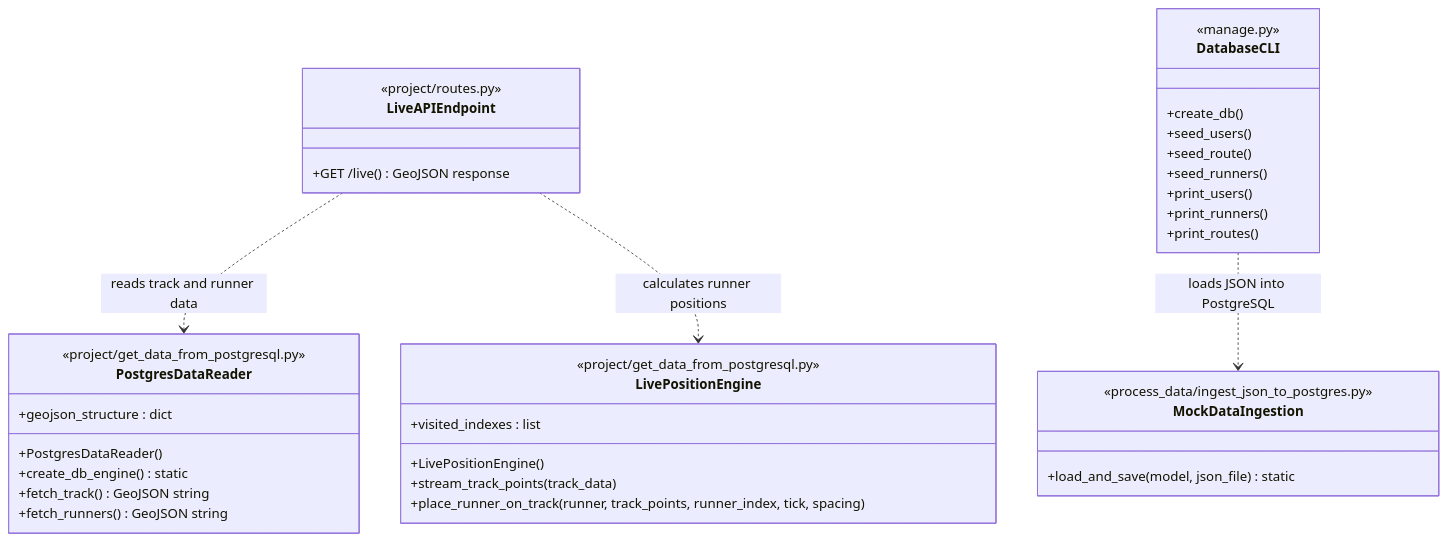
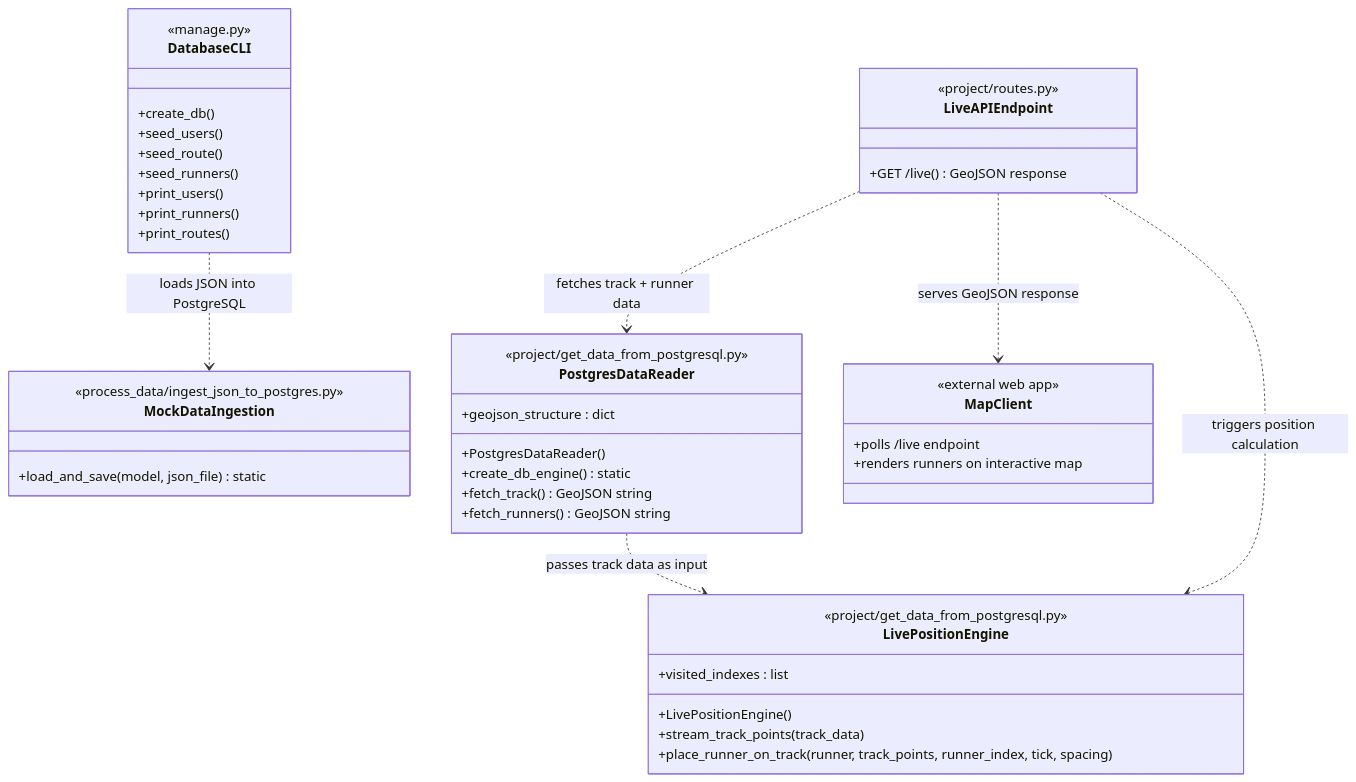
One commit to corinat/flask-on-docker changed the diagram in README.md. Above: the diagram before and after it, drawn with Mermaid.

Commit message:
improved diagram for achitecture

````diff
--- a/README.md
+++ b/README.md
@@ -35,44 +35,52 @@
 ```mermaid
 classDiagram
     class MockDataIngestion {
         <<process_data/ingest_json_to_postgres.py>>
         +load_and_save(model, json_file) static
     }
 
     class PostgresDataReader {
         <<project/get_data_from_postgresql.py>>
         +geojson_structure : dict
         +PostgresDataReader()
         +create_db_engine() static
         +fetch_track() GeoJSON string
         +fetch_runners() GeoJSON string
     }
 
     class LivePositionEngine {
         <<project/get_data_from_postgresql.py>>
         +visited_indexes : list
         +LivePositionEngine()
         +stream_track_points(track_data)
         +place_runner_on_track(runner, track_points, runner_index, tick, spacing)
     }
 
     class LiveAPIEndpoint {
         <<project/routes.py>>
         +GET /live() GeoJSON response
     }
 
+    class MapClient {
+        <<external web app>>
+        +polls /live endpoint
+        +renders runners on interactive map
+    }
+
     class DatabaseCLI {
         <<manage.py>>
         +create_db()
         +seed_users()
         +seed_route()
         +seed_runners()
         +print_users()
         +print_runners()
         +print_routes()
     }
 
     DatabaseCLI ..> MockDataIngestion : loads JSON into PostgreSQL
-    LiveAPIEndpoint ..> PostgresDataReader : reads track and runner data
-    LiveAPIEndpoint ..> LivePositionEngine : calculates runner positions
+    LiveAPIEndpoint ..> PostgresDataReader : fetches track + runner data
+    PostgresDataReader ..> LivePositionEngine : passes track data as input
+    LiveAPIEndpoint ..> LivePositionEngine : triggers position calculation
+    LiveAPIEndpoint ..> MapClient : serves GeoJSON response
 ```
````
